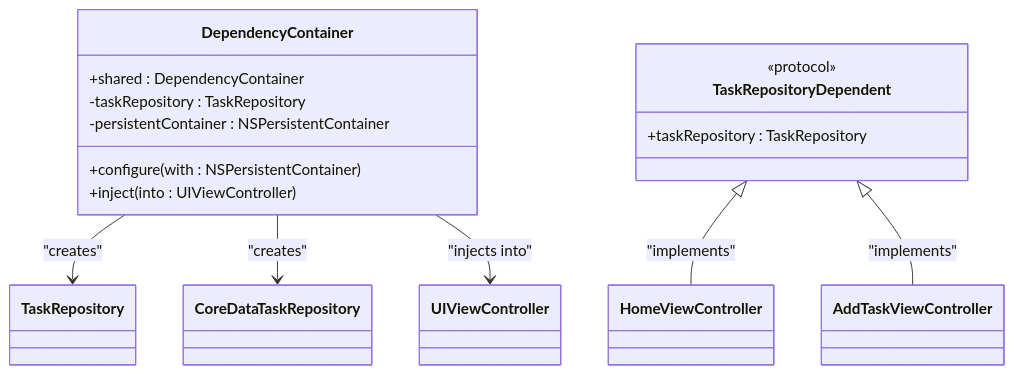
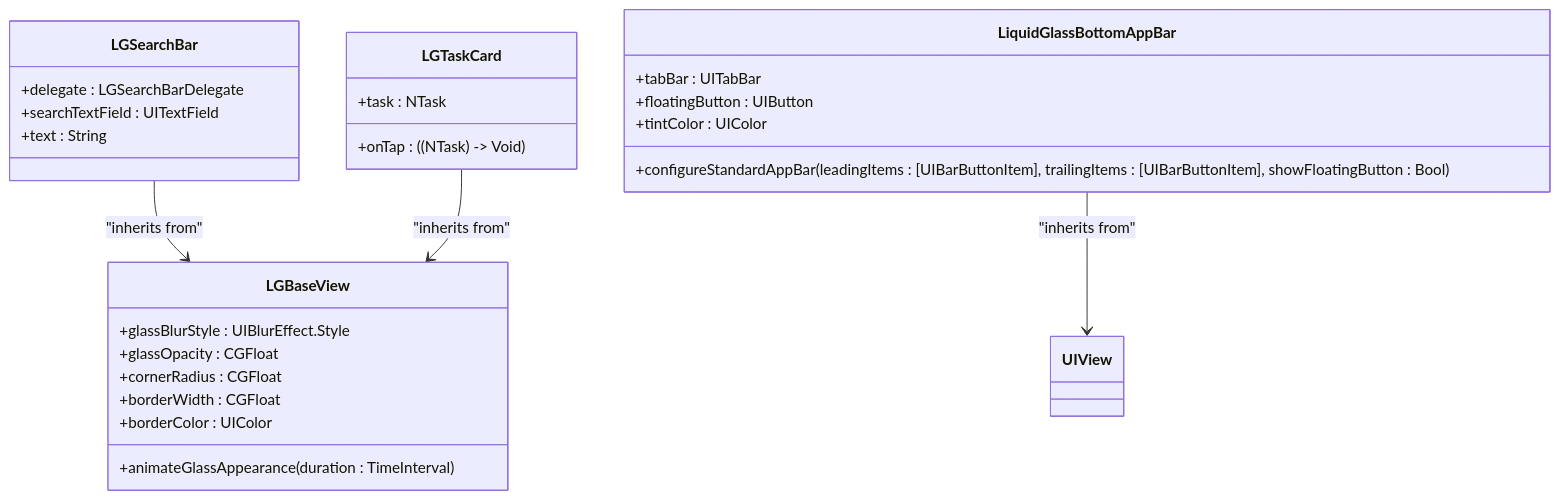
Before and after one commit to Saransh-Sharma/Tasker: the fourth of 4 diagrams in .qoder/repowiki/en/content/User Interface Architecture/User Interface Architecture.md, drawn with Mermaid. The commit also changed other lines of this file and 115 other files, not shown here.

````diff
--- a/.qoder/repowiki/en/content/User Interface Architecture/User Interface Architecture.md
+++ b/.qoder/repowiki/en/content/User Interface Architecture/User Interface Architecture.md
@@ -210,19 +274,29 @@
 ```mermaid
 classDiagram
-class DependencyContainer {
-+shared : DependencyContainer
--taskRepository : TaskRepository
--persistentContainer : NSPersistentContainer
-+configure(with : NSPersistentContainer)
-+inject(into : UIViewController)
+class LGBaseView {
++glassBlurStyle : UIBlurEffect.Style
++glassOpacity : CGFloat
++cornerRadius : CGFloat
++borderWidth : CGFloat
++borderColor : UIColor
++animateGlassAppearance(duration : TimeInterval)
 }
-class TaskRepositoryDependent {
-<<protocol>>
-+taskRepository : TaskRepository
+class LGSearchBar {
++delegate : LGSearchBarDelegate
++searchTextField : UITextField
++text : String
 }
-DependencyContainer --> TaskRepository : "creates"
-DependencyContainer --> CoreDataTaskRepository : "creates"
-DependencyContainer --> UIViewController : "injects into"
-TaskRepositoryDependent <|-- HomeViewController : "implements"
-TaskRepositoryDependent <|-- AddTaskViewController : "implements"
+class LGTaskCard {
++task : NTask
++onTap : ((NTask) -> Void)
+}
+class LiquidGlassBottomAppBar {
++tabBar : UITabBar
++floatingButton : UIButton
++tintColor : UIColor
++configureStandardAppBar(leadingItems : [UIBarButtonItem], trailingItems : [UIBarButtonItem], showFloatingButton : Bool)
+}
+LGSearchBar --> LGBaseView : "inherits from"
+LGTaskCard --> LGBaseView : "inherits from"
+LiquidGlassBottomAppBar --> UIView : "inherits from"
 ```
````
